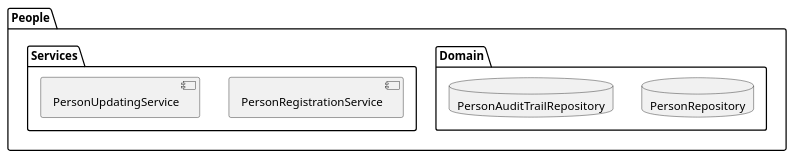
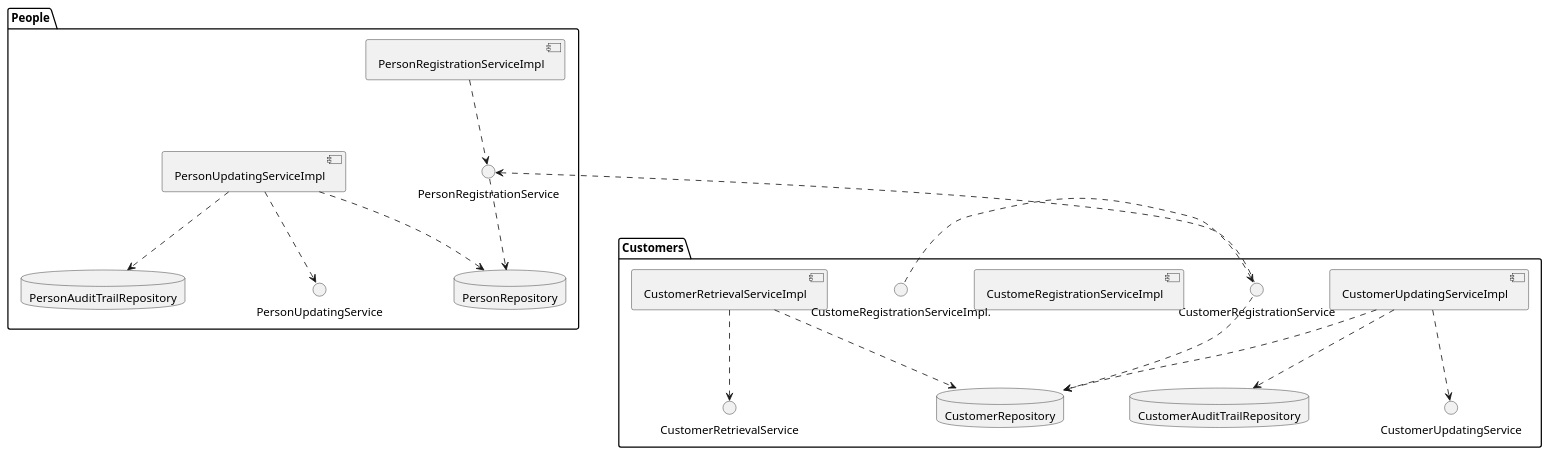
Before and after one commit to LazaroDamasceno/Dissertacao-Mestrado: the diagram in codes/component_diagram.wsd, drawn with PlantUML.

Commit message:
Changed component_diagram

```diff
--- a/codes/component_diagram.wsd
+++ b/codes/component_diagram.wsd
@@ -1,14 +1,45 @@
 @startuml
 
+!pragma useVerticalIf on
+skinparam nodesep 80
+skinparam ranksep 80
+
 package "People" {
-  folder "Domain" {
-    database PersonRepository
-    database PersonAuditTrailRepository
-  }
-  folder "Services" {
-    component PersonRegistrationService
-    component PersonUpdatingService
-  }
+  database PersonRepository
+  database PersonAuditTrailRepository
+  interface PersonRegistrationService
+  interface PersonUpdatingService
+  component PersonRegistrationServiceImpl
+  component PersonUpdatingServiceImpl
+
+  PersonRegistrationServiceImpl ..> PersonRegistrationService
+  PersonUpdatingServiceImpl ..> PersonUpdatingService
+
+  PersonRegistrationService ..> PersonRepository
+  PersonUpdatingServiceImpl ..> PersonRepository
+  PersonUpdatingServiceImpl ..> PersonAuditTrailRepository
 }
 
+package "Customers" {
+  database CustomerRepository
+  database CustomerAuditTrailRepository
+  interface CustomerRegistrationService
+  interface CustomerUpdatingService
+  interface CustomerRetrievalService
+  component CustomeRegistrationServiceImpl
+  component CustomerUpdatingServiceImpl
+  component CustomerRetrievalServiceImpl
+
+  CustomeRegistrationServiceImpl..> CustomerRegistrationService
+  CustomerUpdatingServiceImpl ..> CustomerUpdatingService
+  CustomerRetrievalServiceImpl ..> CustomerRetrievalService
+
+  CustomerRegistrationService ..> CustomerRepository
+  CustomerUpdatingServiceImpl ..> CustomerRepository
+  CustomerUpdatingServiceImpl ..> CustomerAuditTrailRepository
+  CustomerRetrievalServiceImpl ..> CustomerRepository
+}
+
+PersonRegistrationService <.. CustomerRegistrationService
+
 @enduml
```
